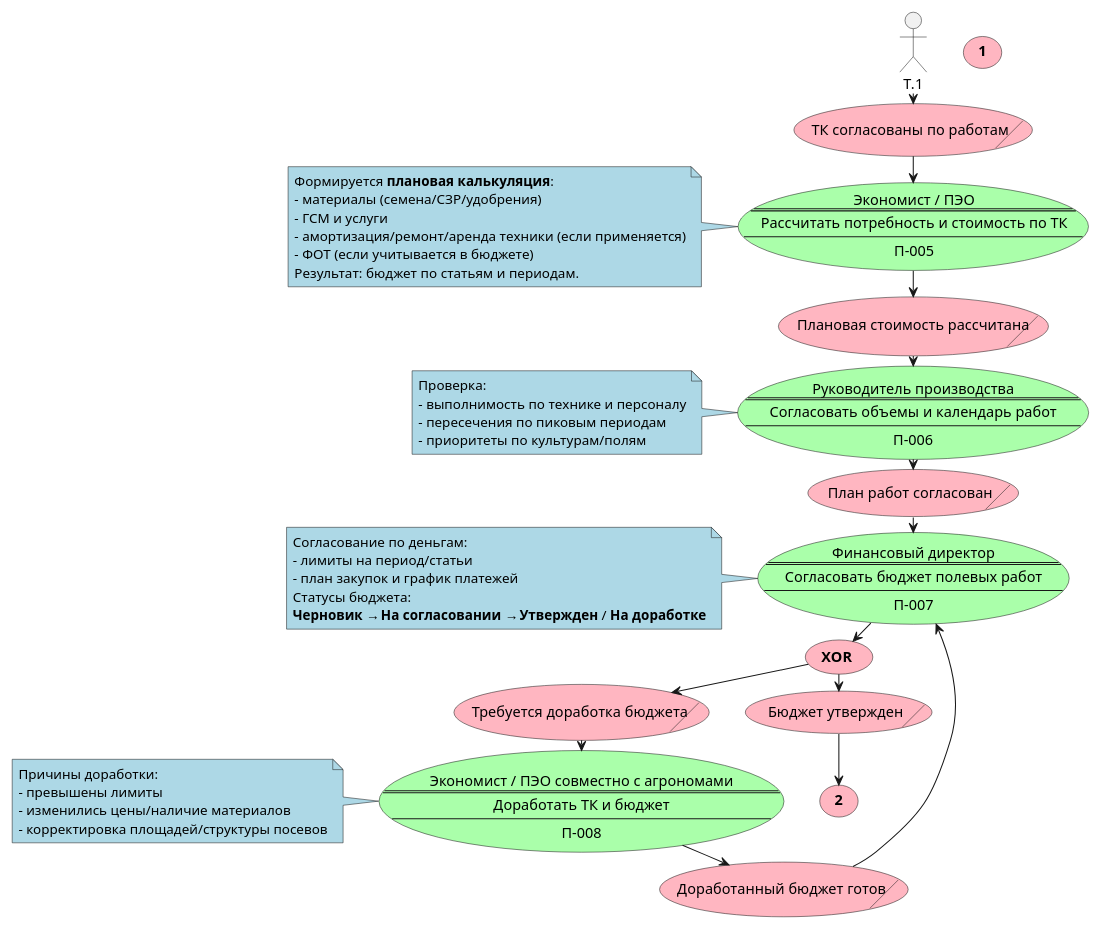
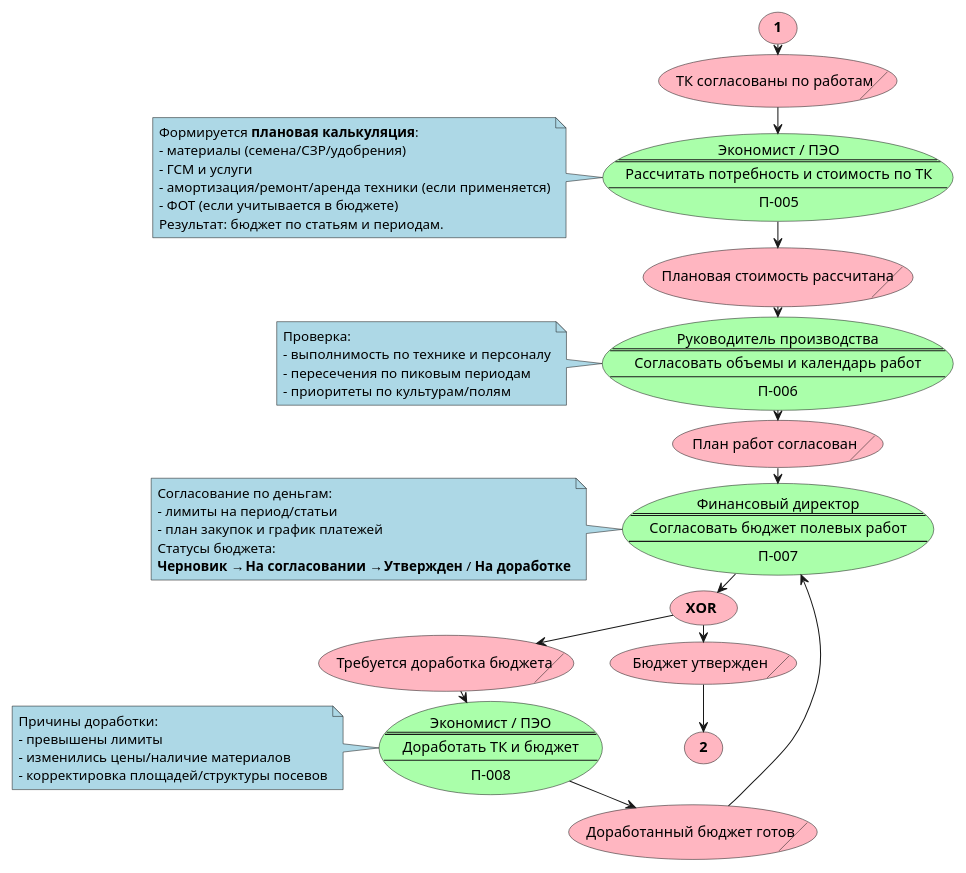
Before and after one commit to redokov/infostart2026: the second of 4 diagrams in docs/СхемаПроцесса.wsd, drawn with PlantUML. The commit also changed other lines of this file and 10 other files, not shown here.

Commit message:
скорректировал схему процесса

```diff
--- a/docs/СхемаПроцесса.wsd
+++ b/docs/СхемаПроцесса.wsd
@@ -101,103 +105,105 @@
 @startuml FieldWorksPlanningProcessPart2
 top to bottom direction
 skinparam ranksep 10
 skinparam dpi 80
 skinparam packageTitleAlignment left
 
 skinparam usecase {
   BackgroundColor LightPink
 }
 skinparam note {
   BackgroundColor LightBlue
 }
 skinparam rectangle {
   BackgroundColor LightGray
 }
 
 usecase Т.1 as "**1**"
 
 usecase/ С.6 as "ТК согласованы по работам"
+
+Т.1 -d-> С.6
 
 usecase Ф.5 #AAFFAA as "
 Экономист / ПЭО
 ====
 Рассчитать потребность и стоимость по ТК
 ----
 П-005"
 note left of Ф.5
 Формируется **плановая калькуляция**:
 - материалы (семена/СЗР/удобрения)
 - ГСМ и услуги
 - амортизация/ремонт/аренда техники (если применяется)
 - ФОТ (если учитывается в бюджете)
 Результат: бюджет по статьям и периодам.
 end note
 
 usecase/ С.7 as "Плановая стоимость рассчитана"
 
 usecase Ф.6 #AAFFAA as "
 Руководитель производства
 ====
 Согласовать объемы и календарь работ
 ----
 П-006"
 note left of Ф.6
 Проверка:
 - выполнимость по технике и персоналу
 - пересечения по пиковым периодам
 - приоритеты по культурам/полям
 end note
 
 usecase/ С.8 as "План работ согласован"
 
 usecase Ф.7 #AAFFAA as "
 Финансовый директор
 ====
 Согласовать бюджет полевых работ
 ----
 П-007"
 note left of Ф.7
 Согласование по деньгам:
 - лимиты на период/статьи
 - план закупок и график платежей
 Статусы бюджета:
 **Черновик** → **На согласовании** → **Утвержден** / **На доработке**
 end note
 
 usecase У.2 as (**XOR**)
 
 usecase/ С.9 as "Бюджет утвержден"
 usecase/ С.10 as "Требуется доработка бюджета"
 
 usecase Ф.8 #AAFFAA as "
-Экономист / ПЭО совместно с агрономами
+Экономист / ПЭО
 ====
 Доработать ТК и бюджет
 ----
 П-008"
 note left of Ф.8
 Причины доработки:
 - превышены лимиты
 - изменились цены/наличие материалов
 - корректировка площадей/структуры посевов
 end note
 
 usecase/ С.11 as "Доработанный бюджет готов"
 
 usecase Т.2 as "**2**"
 
-T.1 -d-> С.6
+
 С.6 -d-> Ф.5
 Ф.5 -d-> С.7
 С.7 -d-> Ф.6
 Ф.6 -d-> С.8
 С.8 -d-> Ф.7
 Ф.7 -d-> У.2
 У.2 -d-> С.9
 У.2 -d-> С.10
 С.10 -d-> Ф.8
 Ф.8 -d-> С.11
 С.11 -d-> Ф.7
 
 С.9 -d-> Т.2
 @enduml
```
